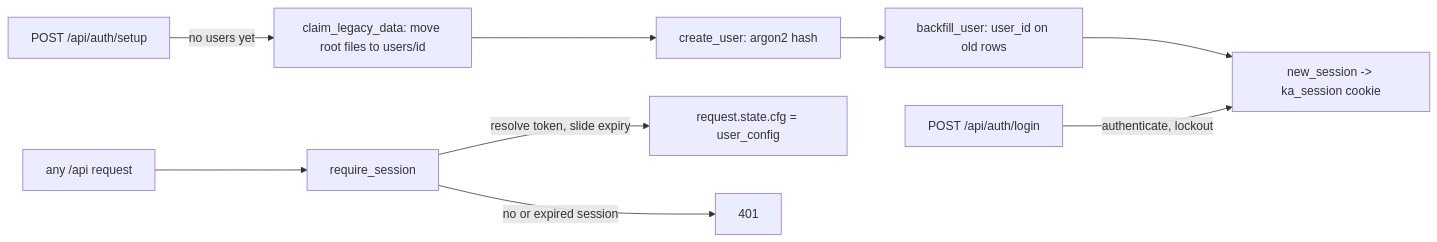
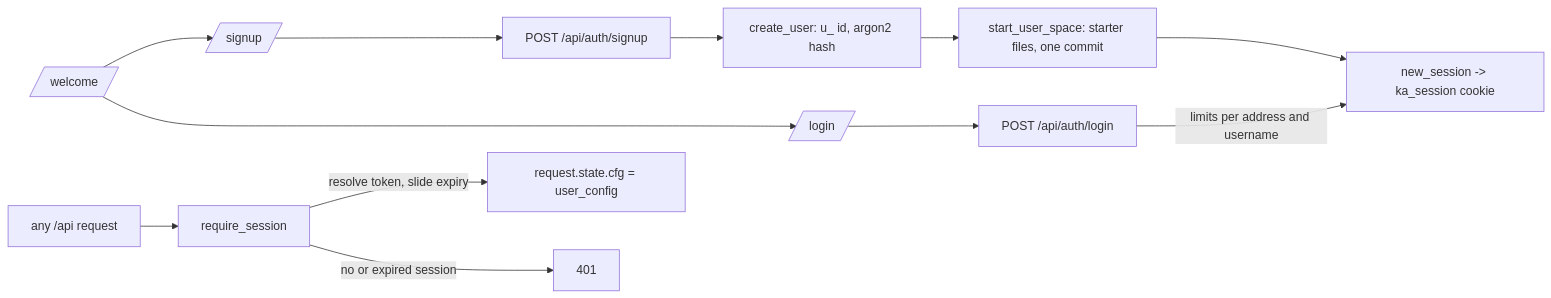
The diagram in context/flows/login.md (sarathkumar365/Ka), drawn with Mermaid before and after one commit. The commit also changed other lines of this file and 88 other files, not shown here.

````diff
--- a/context/flows/login.md
+++ b/context/flows/login.md
@@ -5,11 +5,12 @@
 ```mermaid
 flowchart LR
-    S[POST /api/auth/setup] -->|no users yet| C[claim_legacy_data: move root files to users/id]
-    C --> U[create_user: argon2 hash]
-    U --> B[backfill_user: user_id on old rows]
-    B --> K[new_session -> ka_session cookie]
-    L[POST /api/auth/login] -->|authenticate, lockout| K
+    W[/welcome/] --> SU[/signup/] --> S[POST /api/auth/signup]
+    W --> LI[/login/] --> L[POST /api/auth/login]
+    S --> U[create_user: u_ id, argon2 hash]
+    U --> F[start_user_space: starter files, one commit]
+    F --> K[new_session -> ka_session cookie]
+    L -->|limits per address and username| K
     R[any /api request] --> M[require_session]
     M -->|resolve token, slide expiry| Q[request.state.cfg = user_config]
     M -->|no or expired session| X[401]
 ```
````
